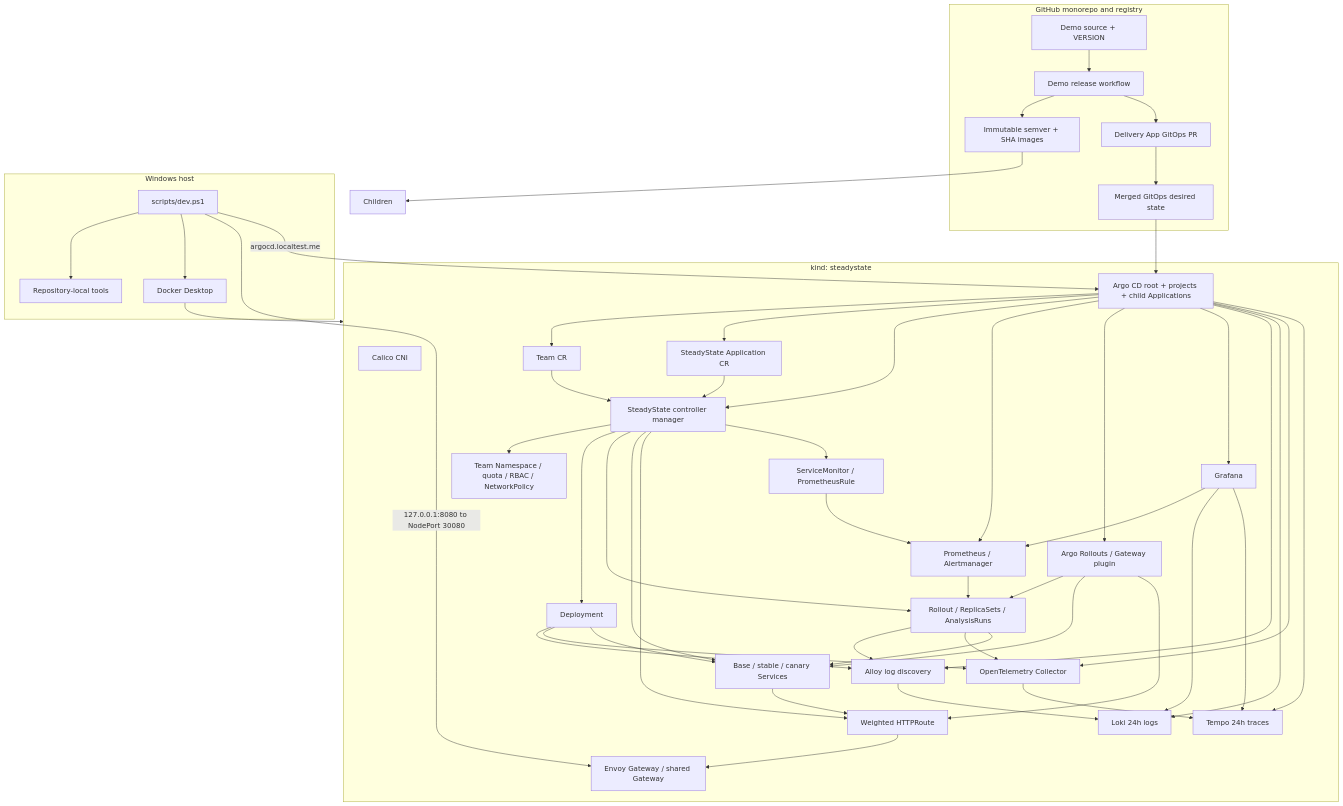
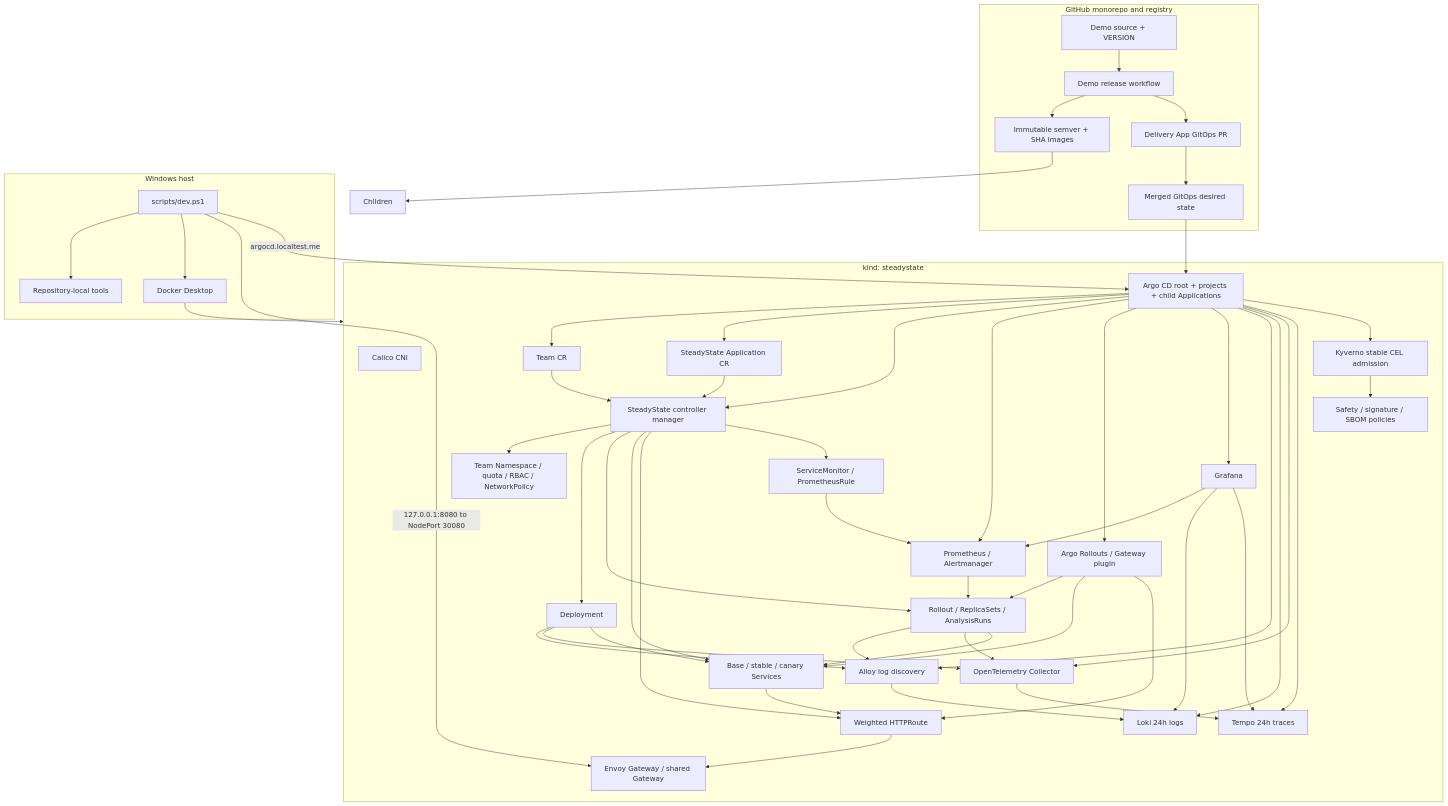
The diagram in docs/architecture.md (saadabdullaah/steadystate), drawn with Mermaid before and after one commit. The commit also changed other lines of this file and 65 other files, not shown here.

````diff
--- a/docs/architecture.md
+++ b/docs/architecture.md
@@ -3,76 +3,79 @@
 ```mermaid
 flowchart TB
     subgraph Repository["GitHub monorepo and registry"]
         Source["Demo source + VERSION"]
         Release["Demo release workflow"]
         GHCR["Immutable semver + SHA images"]
         BotPR["Delivery App GitOps PR"]
         Desired["Merged GitOps desired state"]
         Source --> Release --> GHCR
         Release --> BotPR --> Desired
     end
     subgraph Host["Windows host"]
         Dev["scripts/dev.ps1"]
         Tools["Repository-local tools"]
         Docker["Docker Desktop"]
         Dev --> Tools
         Dev --> Docker
     end
     subgraph Cluster["kind: steadystate"]
         Calico["Calico CNI"]
         Argo["Argo CD root + projects + child Applications"]
         TeamCR["Team CR"]
         Boundary["Team Namespace / quota / RBAC / NetworkPolicy"]
         AppCR["SteadyState Application CR"]
         Manager["SteadyState controller manager"]
         Rolling["Deployment"]
         Canary["Rollout / ReplicaSets / AnalysisRuns"]
         Services["Base / stable / canary Services"]
         Route["Weighted HTTPRoute"]
         Monitors["ServiceMonitor / PrometheusRule"]
         Prometheus["Prometheus / Alertmanager"]
         Grafana["Grafana"]
         Alloy["Alloy log discovery"]
         Loki["Loki 24h logs"]
         OTel["OpenTelemetry Collector"]
         Tempo["Tempo 24h traces"]
+        Kyverno["Kyverno stable CEL admission"]
+        Policies["Safety / signature / SBOM policies"]
         Rollouts["Argo Rollouts / Gateway plugin"]
         EG["Envoy Gateway / shared Gateway"]
         Argo --> TeamCR
         Argo --> AppCR
         Argo --> Manager
         Argo --> Prometheus
         Argo --> Rollouts
         Argo --> Grafana
         Argo --> Alloy
         Argo --> Loki
         Argo --> OTel
         Argo --> Tempo
+        Argo --> Kyverno --> Policies
         TeamCR --> Manager --> Boundary
         AppCR --> Manager
         Manager --> Rolling
         Manager --> Canary
         Manager --> Services
         Manager --> Route
         Manager --> Monitors
         Rollouts --> Canary
         Rollouts --> Services
         Rollouts --> Route
         Prometheus --> Canary
         Monitors --> Prometheus
         Grafana --> Prometheus
         Grafana --> Loki
         Grafana --> Tempo
         Rolling --> Alloy --> Loki
         Canary --> Alloy
         Rolling --> OTel --> Tempo
         Canary --> OTel
         Rolling --> Services --> Route --> EG
         Canary --> Services
     end
     Docker --> Cluster
     Desired --> Argo
     GHCR --> Children
     Dev -->|"127.0.0.1:8080 to NodePort 30080"| EG
     Dev -->|"argocd.localtest.me"| Argo
 ```
````
